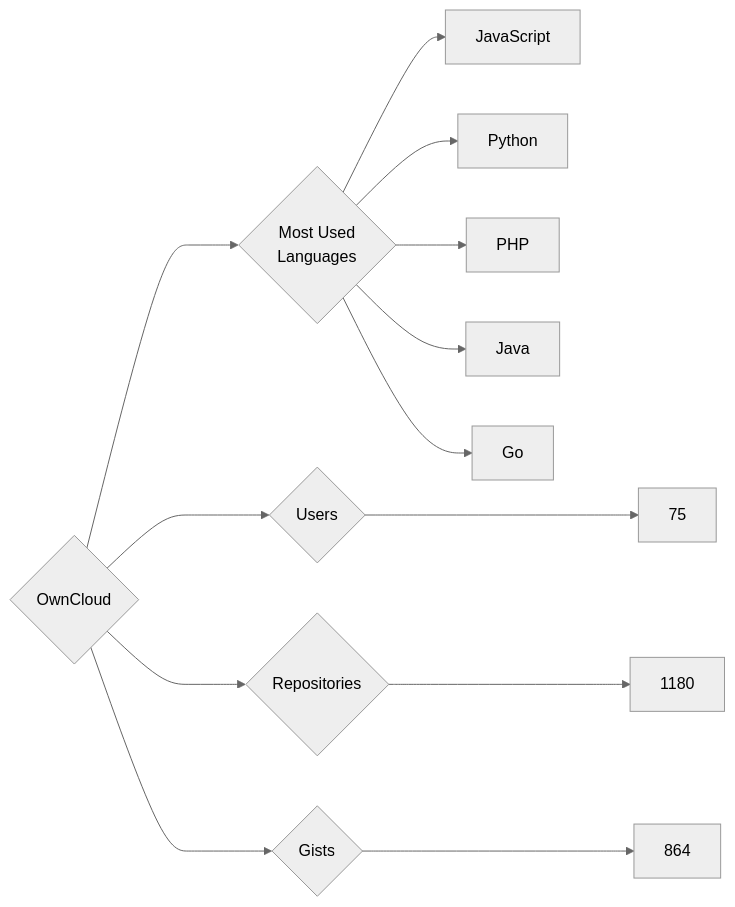
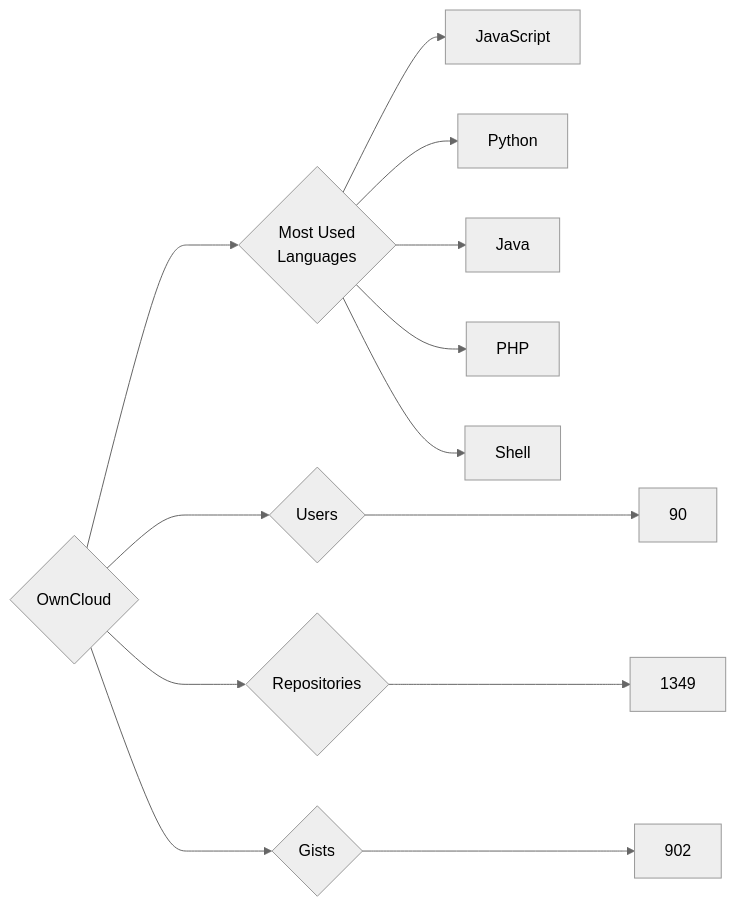
Before and after one commit to trickest/insiders: the diagram in targets/OwnCloud/README.md, drawn with Mermaid (neutral theme). The commit also changed 814 other files, not shown here.

````diff
--- a/targets/OwnCloud/README.md
+++ b/targets/OwnCloud/README.md
@@ -3,13 +3,13 @@
 ```mermaid
 graph LR
 COMPANY_NAME{OwnCloud}
-COMPANY_NAME ---> U{Users} ---> UN[75]
-COMPANY_NAME ---> R{Repositories} ---> RN[1180]
-COMPANY_NAME ---> G{Gists} ---> GN[864]
+COMPANY_NAME ---> U{Users} ---> UN[90]
+COMPANY_NAME ---> R{Repositories} ---> RN[1349]
+COMPANY_NAME ---> G{Gists} ---> GN[902]
 COMPANY_NAME ---> ML{Most Used<br>Languages}
 ML --> JavaScript[JavaScript]
 ML --> Python[Python]
+ML --> Java[Java]
 ML --> PHP[PHP]
-ML --> Java[Java]
-ML --> Go[Go]
+ML --> Shell[Shell]
 ```
````
